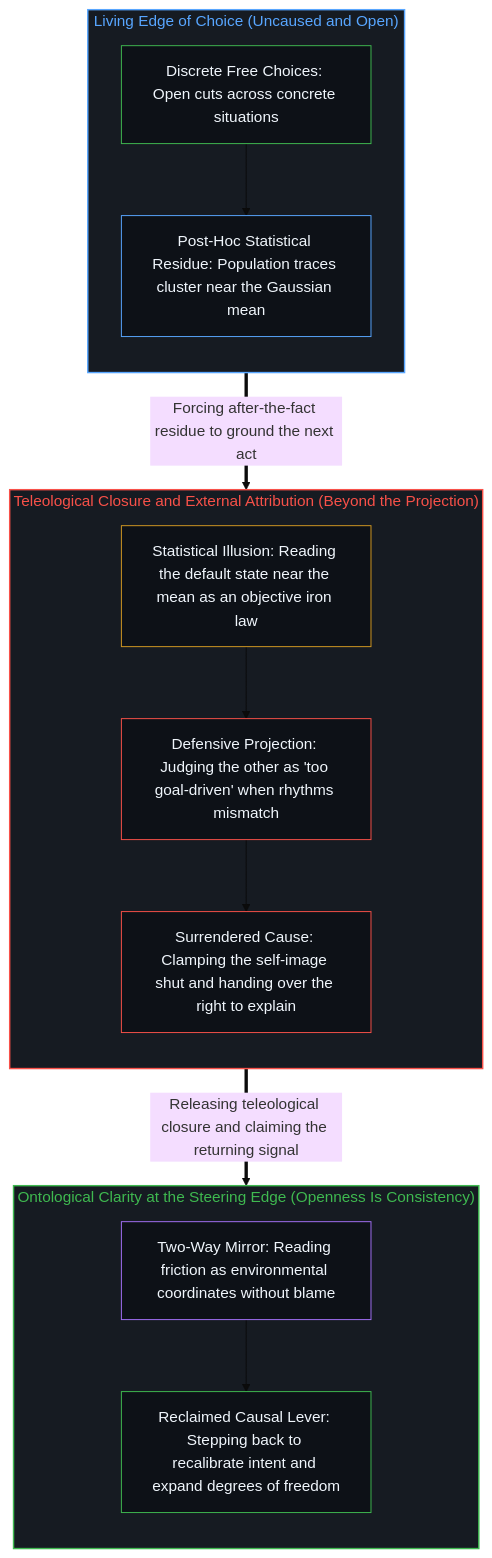
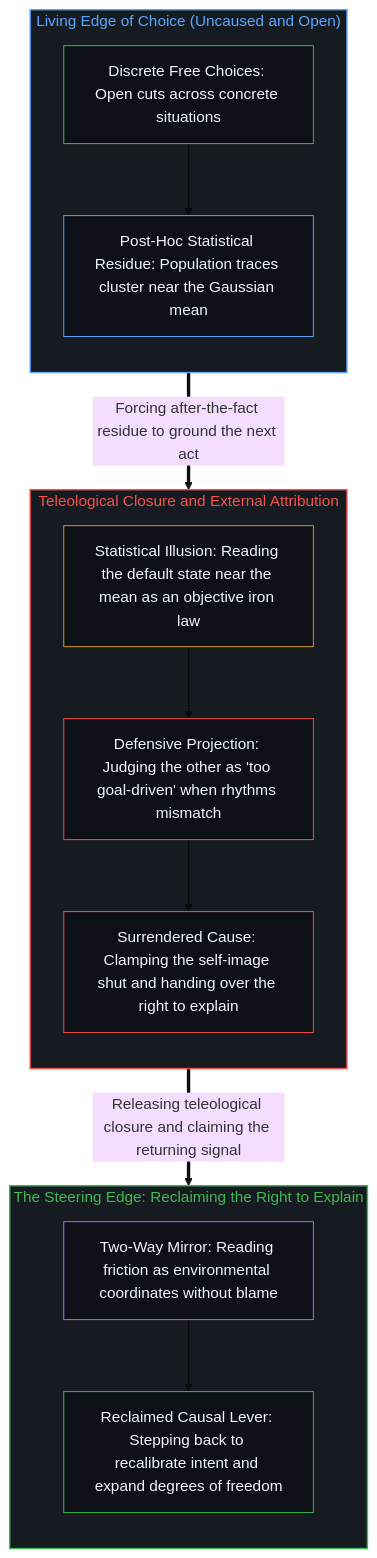
The second of 2 diagrams in content/posts/cong-mu-di-xing-de-ping-pan-kan-ren-zhi-que-sheng.md (powerpig99/not-a-toe), drawn with Mermaid (base theme) before and after one commit. The commit also changed other lines of this file and 5 other files, not shown here.

````diff
--- a/content/posts/cong-mu-di-xing-de-ping-pan-kan-ren-zhi-que-sheng.md
+++ b/content/posts/cong-mu-di-xing-de-ping-pan-kan-ren-zhi-que-sheng.md
@@ -76,34 +76,34 @@
 ```mermaid
 flowchart TD
     subgraph S_Edge["Living Edge of Choice (Uncaused and Open)"]
         direction TB
         E_Act["Discrete Free Choices: Open cuts across concrete situations"]
         E_Stat["Post-Hoc Statistical Residue: Population traces cluster near the Gaussian mean"]
         E_Act --> E_Stat
     end
-    subgraph S_Proj["Teleological Closure and External Attribution (Beyond the Projection)"]
+    subgraph S_Proj["Teleological Closure and External Attribution"]
         direction TB
         P_Law["Statistical Illusion: Reading the default state near the mean as an objective iron law"]
         P_Label["Defensive Projection: Judging the other as 'too goal-driven' when rhythms mismatch"]
         P_Surr["Surrendered Cause: Clamping the self-image shut and handing over the right to explain"]
         P_Law --> P_Label --> P_Surr
     end
-    subgraph S_Open["Ontological Clarity at the Steering Edge (Openness Is Consistency)"]
+    subgraph S_Open["The Steering Edge: Reclaiming the Right to Explain"]
         direction TB
         O_Mirror["Two-Way Mirror: Reading friction as environmental coordinates without blame"]
         O_Claim["Reclaimed Causal Lever: Stepping back to recalibrate intent and expand degrees of freedom"]
         O_Mirror --> O_Claim
     end
     E_Stat ==>|"Forcing after-the-fact residue to ground the next act"| P_Law
     P_Surr ==>|"Releasing teleological closure and claiming the returning signal"| O_Mirror
     style S_Edge fill:#161b22,stroke:#58a6ff,stroke-width:1.5px,color:#58a6ff
     style S_Proj fill:#161b22,stroke:#f85149,stroke-width:1.5px,color:#f85149
     style S_Open fill:#161b22,stroke:#3fb950,stroke-width:1.5px,color:#3fb950
     style E_Act fill:#0d1117,stroke:#3fb950,stroke-width:1px,color:#f0f6fc
     style E_Stat fill:#0d1117,stroke:#58a6ff,stroke-width:1px,color:#f0f6fc
     style P_Law fill:#0d1117,stroke:#d29922,stroke-width:1px,color:#f0f6fc
     style P_Label fill:#0d1117,stroke:#f85149,stroke-width:1px,color:#f0f6fc
     style P_Surr fill:#0d1117,stroke:#f85149,stroke-width:1px,color:#f0f6fc
     style O_Mirror fill:#0d1117,stroke:#a371f7,stroke-width:1px,color:#f0f6fc
     style O_Claim fill:#0d1117,stroke:#3fb950,stroke-width:1px,color:#f0f6fc
 ```
````
